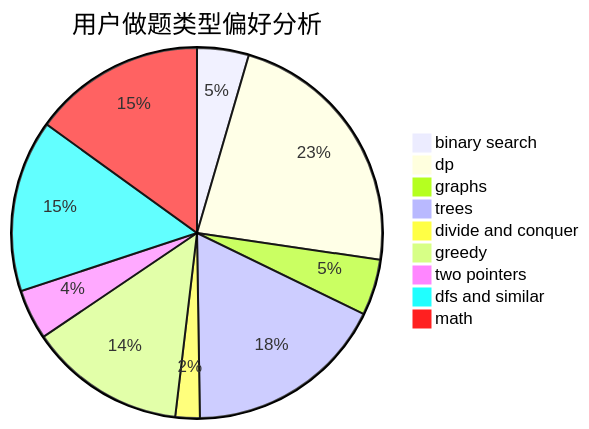
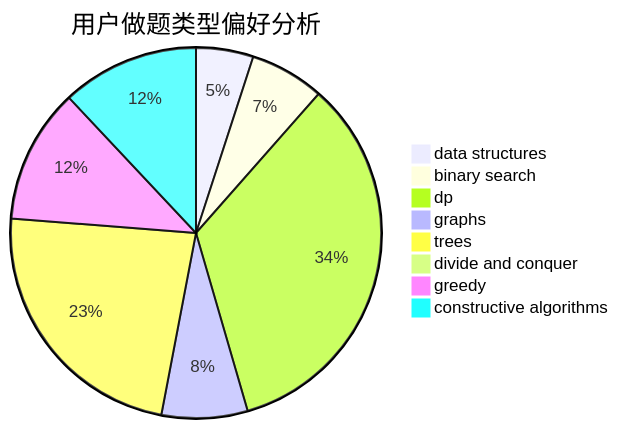
One commit to sherpahu/cfrs.github.io changed the second of 3 diagrams in docs/user/u1334.md. Above: the diagram before and after it, drawn with Mermaid. The commit also changed other lines of this file and 2775 other files, not shown here.

````diff
--- a/docs/user/u1334.md
+++ b/docs/user/u1334.md
@@ -23,12 +23,11 @@
 ```mermaid
 pie title 用户做题类型偏好分析
-    "binary search" :  36
-    "dp" :  182
-    "graphs" :  39
-    "trees" :  140
-    "divide and conquer" :  17
-    "greedy" :  109
-    "two pointers" :  35
-    "dfs and similar" :  120
-    "math" :  120
+    "data structures" :  20
+    "binary search" :  26
+    "dp" :  136
+    "graphs" :  30
+    "trees" :  93
+    "divide and conquer" :  0
+    "greedy" :  47
+    "constructive algorithms" :  48
 ```
````
